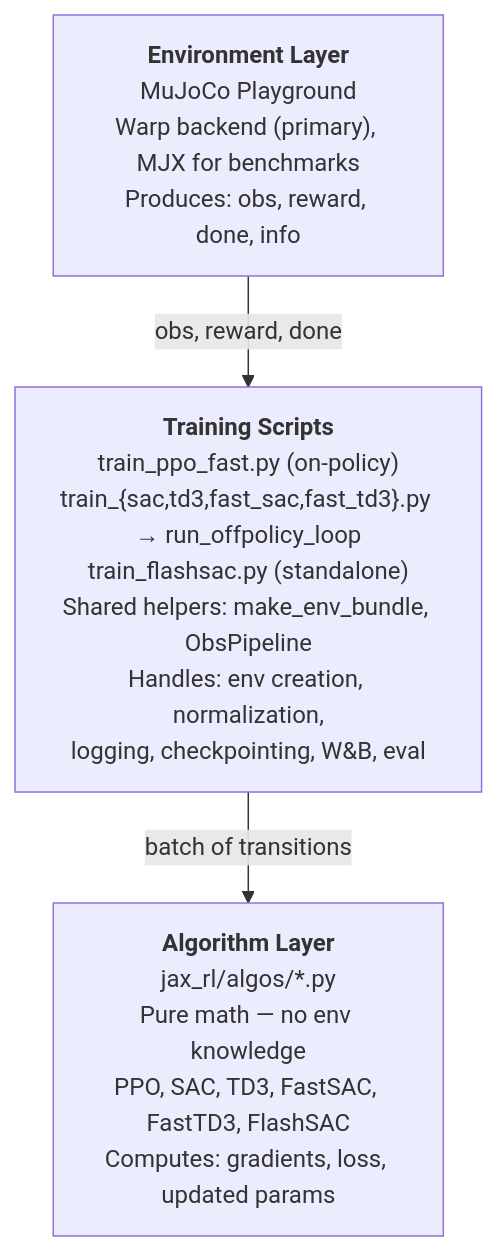
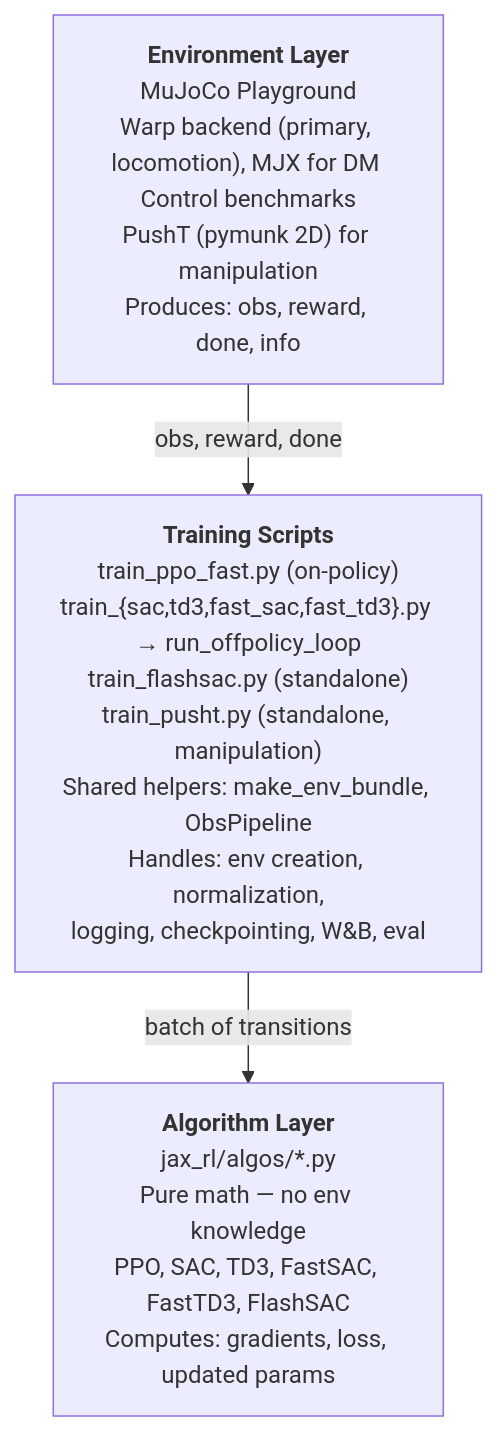
The diagram in docs/reference/architecture.md (stevenwman/jax-learning), drawn with Mermaid before and after one commit. The commit also changed 6 other files, not shown here.

````diff
--- a/docs/reference/architecture.md
+++ b/docs/reference/architecture.md
@@ -7,9 +7,9 @@
 ```mermaid
 flowchart TD
-    ENV["<b>Environment Layer</b><br/>MuJoCo Playground<br/>Warp backend (primary), MJX for benchmarks<br/>Produces: obs, reward, done, info"]
-    TRAIN["<b>Training Scripts</b><br/>train_ppo_fast.py (on-policy)<br/>train_{sac,td3,fast_sac,fast_td3}.py → run_offpolicy_loop<br/>train_flashsac.py (standalone)<br/>Shared helpers: make_env_bundle, ObsPipeline<br/>Handles: env creation, normalization,<br/>logging, checkpointing, W&B, eval"]
+    ENV["<b>Environment Layer</b><br/>MuJoCo Playground<br/>Warp backend (primary, locomotion), MJX for DM Control benchmarks<br/>PushT (pymunk 2D) for manipulation<br/>Produces: obs, reward, done, info"]
+    TRAIN["<b>Training Scripts</b><br/>train_ppo_fast.py (on-policy)<br/>train_{sac,td3,fast_sac,fast_td3}.py → run_offpolicy_loop<br/>train_flashsac.py (standalone)<br/>train_pusht.py (standalone, manipulation)<br/>Shared helpers: make_env_bundle, ObsPipeline<br/>Handles: env creation, normalization,<br/>logging, checkpointing, W&B, eval"]
     ALGO["<b>Algorithm Layer</b><br/>jax_rl/algos/*.py<br/>Pure math — no env knowledge<br/>PPO, SAC, TD3, FastSAC, FastTD3, FlashSAC<br/>Computes: gradients, loss, updated params"]
 
     ENV -->|"obs, reward, done"| TRAIN
     TRAIN -->|"batch of transitions"| ALGO
 ```
````
